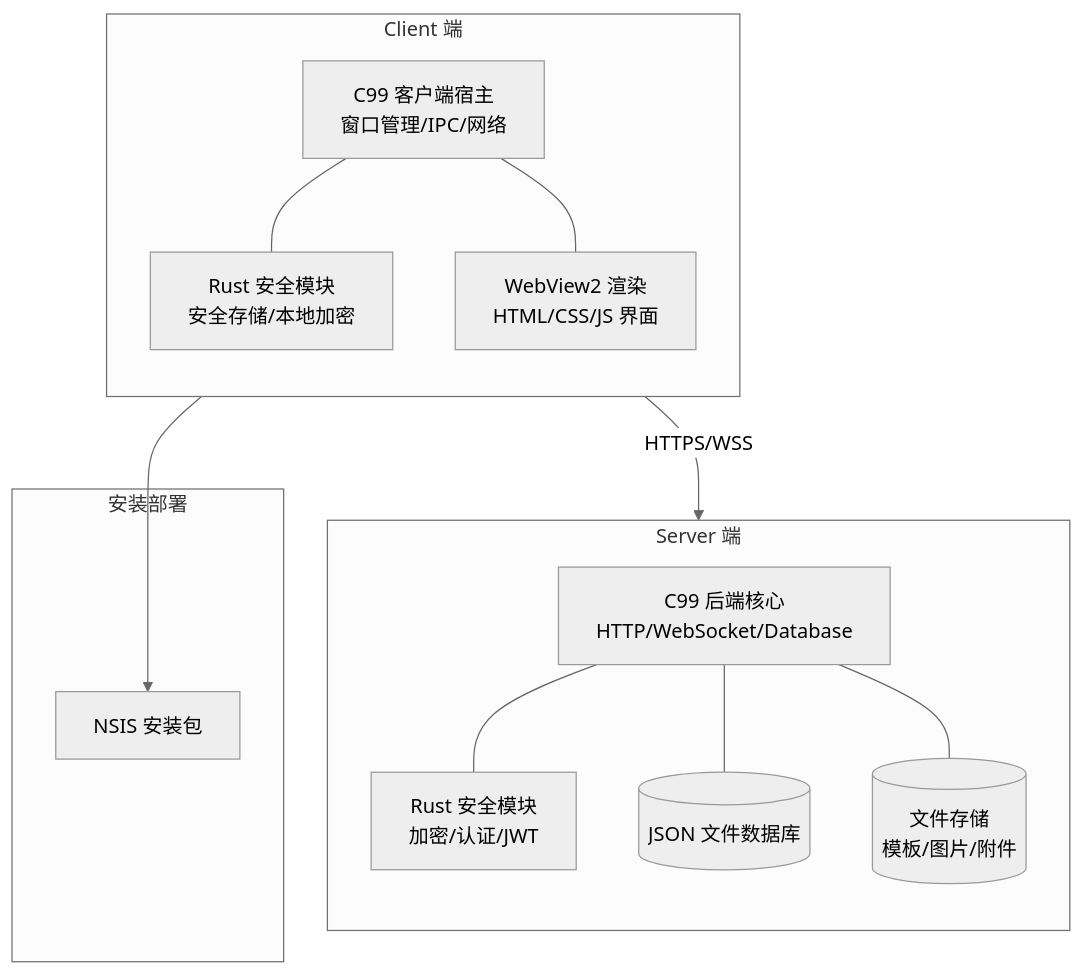
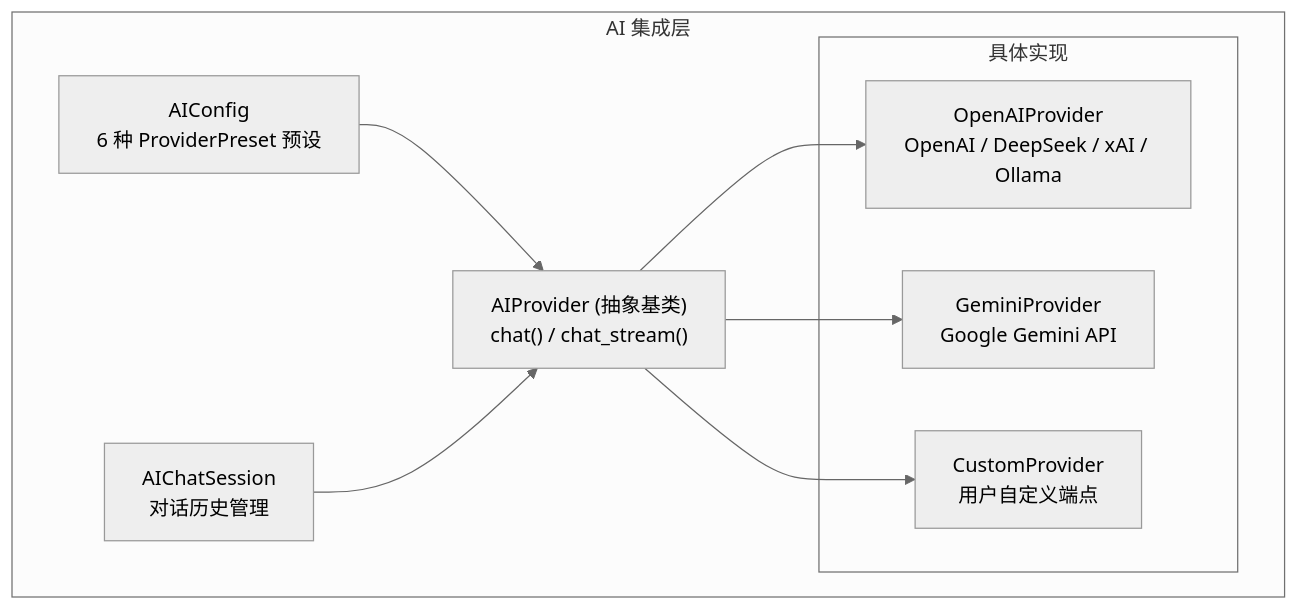
Before and after one commit to haiyanfurry/Chrono-shift: the third of 4 diagrams in plans/ARCHITECTURE.md, drawn with Mermaid (neutral theme). The commit also changed other lines of this file and 1 other file, not shown here.

````diff
--- a/plans/ARCHITECTURE.md
+++ b/plans/ARCHITECTURE.md
@@ -28,32 +378,21 @@
 ```mermaid
 flowchart TB
-    subgraph Server["Server 端"]
-        direction TB
-        S_CORE["C99 后端核心<br/>HTTP/WebSocket/Database"]
-        S_RUST["Rust 安全模块<br/>加密/认证/JWT"]
-        S_DB[("JSON 文件数据库")]
-        S_FS[("文件存储<br/>模板/图片/附件")]
+    subgraph AI["AI 集成层"]
+        AICONFIG["AIConfig<br/>6 种 ProviderPreset 预设"]
+        AIPROVIDER["AIProvider (抽象基类)<br/>chat() / chat_stream()"]
         
-        S_CORE --- S_RUST
-        S_CORE --- S_DB
-        S_CORE --- S_FS
+        subgraph Impl["具体实现"]
+            OPENAI["OpenAIProvider<br/>OpenAI / DeepSeek / xAI / Ollama"]
+            GEMINI["GeminiProvider<br/>Google Gemini API"]
+            CUSTOM["CustomProvider<br/>用户自定义端点"]
+        end
+        
+        AICHAT["AIChatSession<br/>对话历史管理"]
     end
     
-    subgraph Client["Client 端"]
-        direction TB
-        C_CORE["C99 客户端宿主<br/>窗口管理/IPC/网络"]
-        C_RUST["Rust 安全模块<br/>安全存储/本地加密"]
-        C_WV["WebView2 渲染<br/>HTML/CSS/JS 界面"]
-        
-        C_CORE --- C_RUST
-        C_CORE --- C_WV
-    end
-    
-    Client -- "HTTPS/WSS" --> Server
-    
-    subgraph Install["安装部署"]
-        NSIS["NSIS 安装包"]
-    end
-    
-    Client --> NSIS
+    AIPROVIDER --> OPENAI
+    AIPROVIDER --> GEMINI
+    AIPROVIDER --> CUSTOM
+    AICONFIG --> AIPROVIDER
+    AICHAT --> AIPROVIDER
 ```
````
